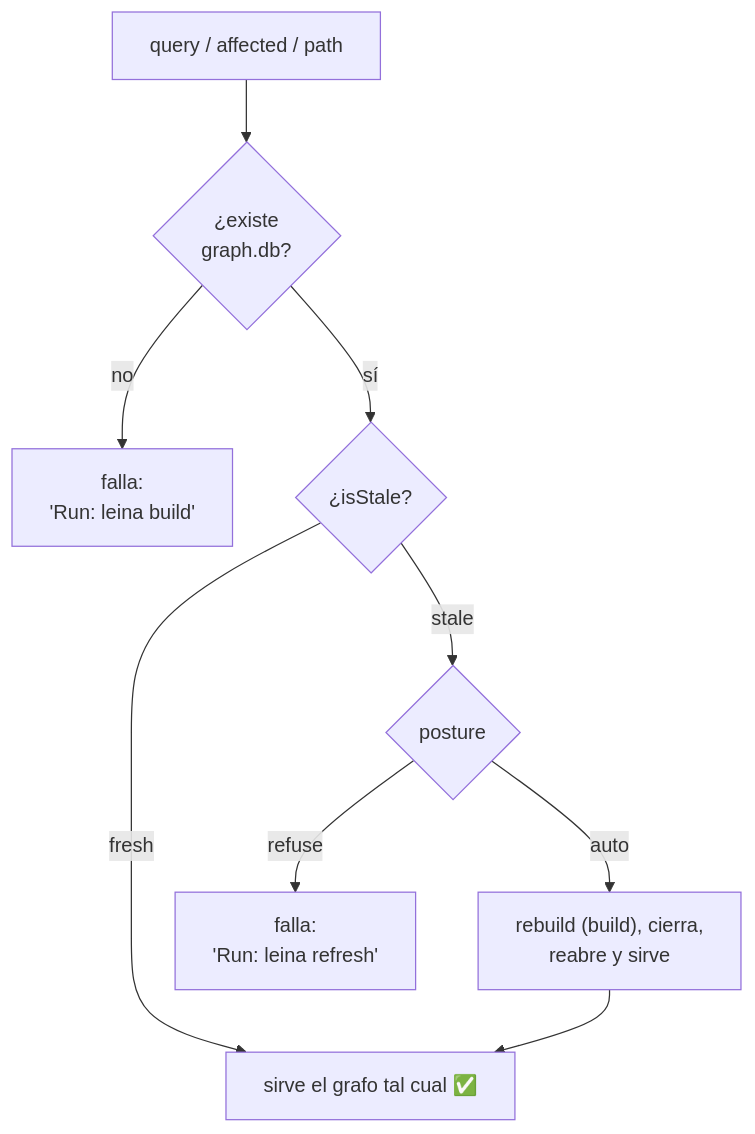
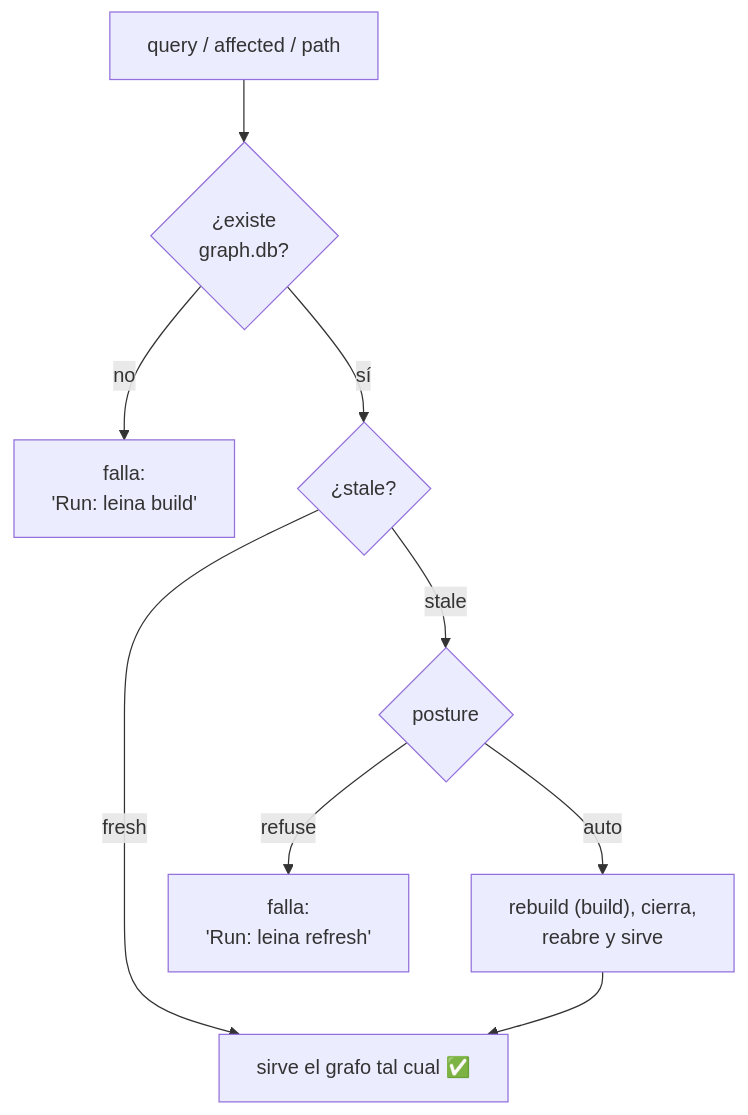
The fifth of 5 diagrams in docs/concepts/03-busqueda-y-consultas.md (Kolimar/leina), drawn with Mermaid before and after one commit. The commit also changed other lines of this file and 22 other files, not shown here.

````diff
--- a/docs/concepts/03-busqueda-y-consultas.md
+++ b/docs/concepts/03-busqueda-y-consultas.md
@@ -132,11 +131,11 @@
 ```mermaid
 flowchart TD
     read["query / affected / path"] --> exists{¿existe<br/>graph.db?}
     exists -->|no| fail1["falla:<br/>'Run: leina build'"]
-    exists -->|sí| stale{¿isStale?}
+    exists -->|sí| stale{¿stale?}
     stale -->|fresh| serve["sirve el grafo tal cual ✅"]
     stale -->|stale| posture{posture}
     posture -->|auto| rebuild["rebuild (build), cierra,<br/>reabre y sirve"]
     posture -->|refuse| fail2["falla:<br/>'Run: leina refresh'"]
     rebuild --> serve
 ```
````
